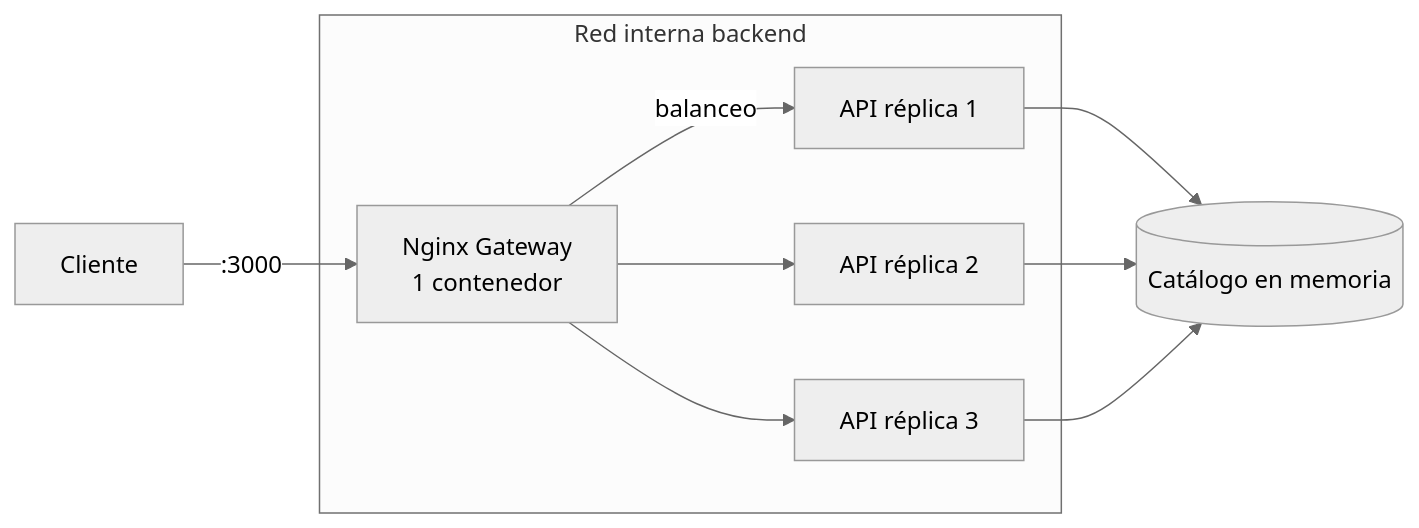
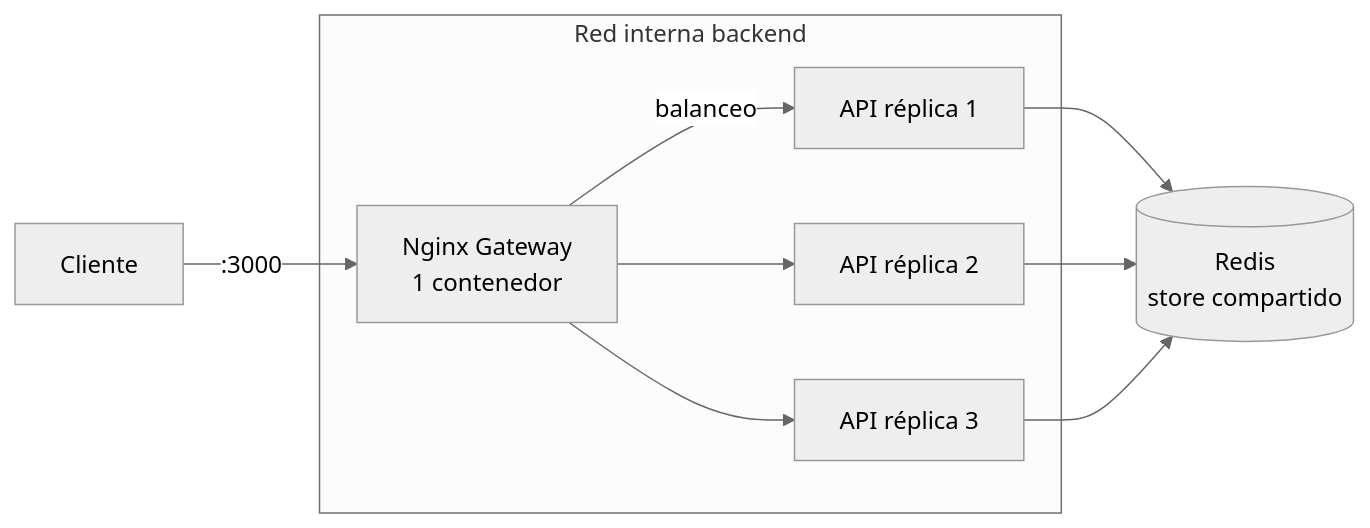
Before and after one commit to Moonlighpoio/perfumes-api: the first of 2 diagrams in README.md, drawn with Mermaid (neutral theme). The commit also changed other lines of this file and 9 other files, not shown here.

Commit message:
feat: persistir catalogo en redis compartido para consistencia entre replicas

````diff
--- a/README.md
+++ b/README.md
@@ -33,14 +33,14 @@
 ```mermaid
 flowchart LR
     U[Cliente] -->|:3000| N[Nginx Gateway<br/>1 contenedor]
     N -->|balanceo| A1[API réplica 1]
     N --> A2[API réplica 2]
     N --> A3[API réplica 3]
-    A1 & A2 & A3 --> M[(Catálogo en memoria)]
+    A1 & A2 & A3 --> R[(Redis<br/>store compartido)]
     subgraph Red interna backend
       N
       A1
       A2
       A3
     end
 ```
````
